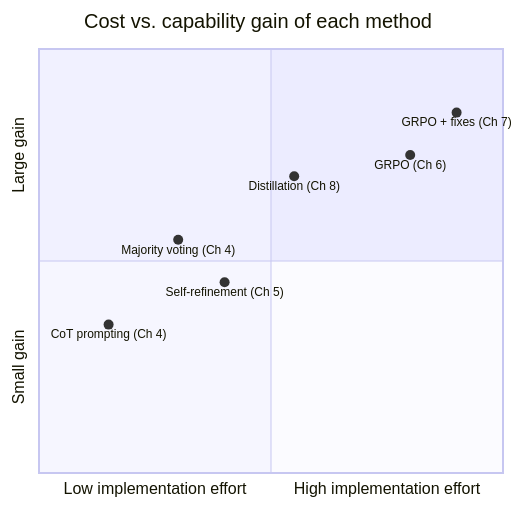
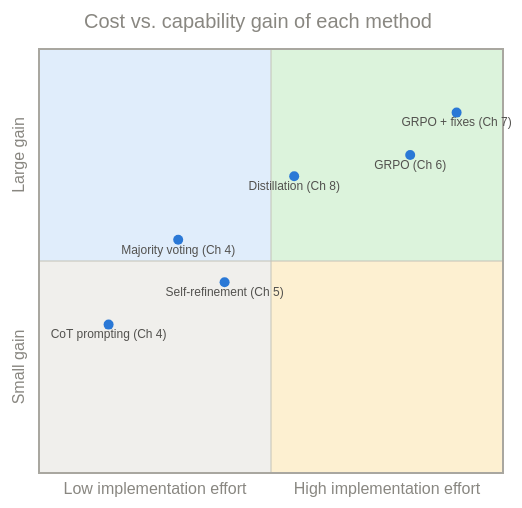
The second of 3 diagrams in study_guide/00_big_picture.md (sudhanshu-shivam-dev/reasoning_model_from_scratch), drawn with Mermaid before and after one commit. The commit also changed other lines of this file and 14 other files, not shown here.

First line of the commit message:
Restyle all 54 diagrams: consistent palette, semantic colors, better spacing

````diff
--- a/study_guide/00_big_picture.md
+++ b/study_guide/00_big_picture.md
@@ -67,12 +74,13 @@
 ```mermaid
+%%{init: {"theme":"base","themeVariables":{"quadrant1Fill":"#dcf3dc","quadrant2Fill":"#e0edfb","quadrant3Fill":"#f0efec","quadrant4Fill":"#fdf0d1","quadrant1TextFill":"#52514e","quadrant2TextFill":"#52514e","quadrant3TextFill":"#52514e","quadrant4TextFill":"#52514e","quadrantPointFill":"#2a78d6","quadrantPointTextFill":"#52514e","quadrantXAxisTextFill":"#898781","quadrantYAxisTextFill":"#898781","quadrantTitleFill":"#898781","quadrantInternalBorderStrokeFill":"#c3c2b7","quadrantExternalBorderStrokeFill":"#a9a7a0"}}}%%
 quadrantChart
     title Cost vs. capability gain of each method
     x-axis Low implementation effort --> High implementation effort
     y-axis Small gain --> Large gain
     "CoT prompting (Ch 4)": [0.15, 0.35]
     "Majority voting (Ch 4)": [0.3, 0.55]
     "Self-refinement (Ch 5)": [0.4, 0.45]
     "Distillation (Ch 8)": [0.55, 0.7]
     "GRPO (Ch 6)": [0.8, 0.75]
     "GRPO + fixes (Ch 7)": [0.9, 0.85]
 ```
````
